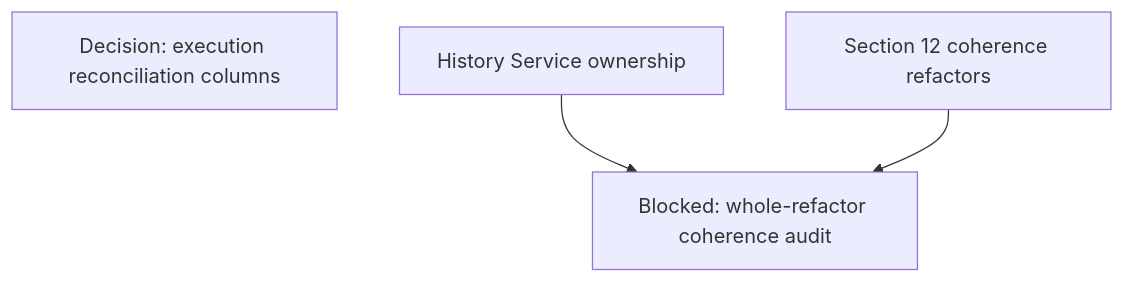
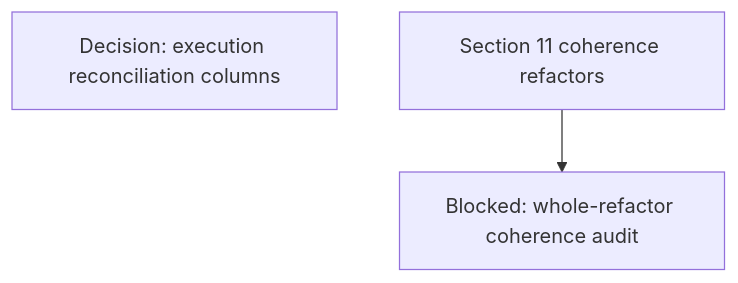
One commit to agentydragon-agent/ducktape changed diagram 12 of 14 in agentplane/plans/task_dag.md. Above: the diagram before and after it, drawn with Mermaid. The commit also changed other lines of this file and 9 other files, not shown here.

````diff
--- a/agentplane/plans/task_dag.md
+++ b/agentplane/plans/task_dag.md
@@ -832,7 +811,6 @@
 ```mermaid
 flowchart TD
     ACTION_EXECUTION_AUDIT_TRIM[Decision: execution reconciliation columns]
     REFACTOR_COHERENCE_AUDIT[Blocked: whole-refactor coherence audit]
-    HISTORY_SERVICE_OWNERSHIP[History Service ownership] --> REFACTOR_COHERENCE_AUDIT
-    COHERENCE_REFACTORS[Section 12 coherence refactors] --> REFACTOR_COHERENCE_AUDIT
+    COHERENCE_REFACTORS[Section 11 coherence refactors] --> REFACTOR_COHERENCE_AUDIT
 ```
````
